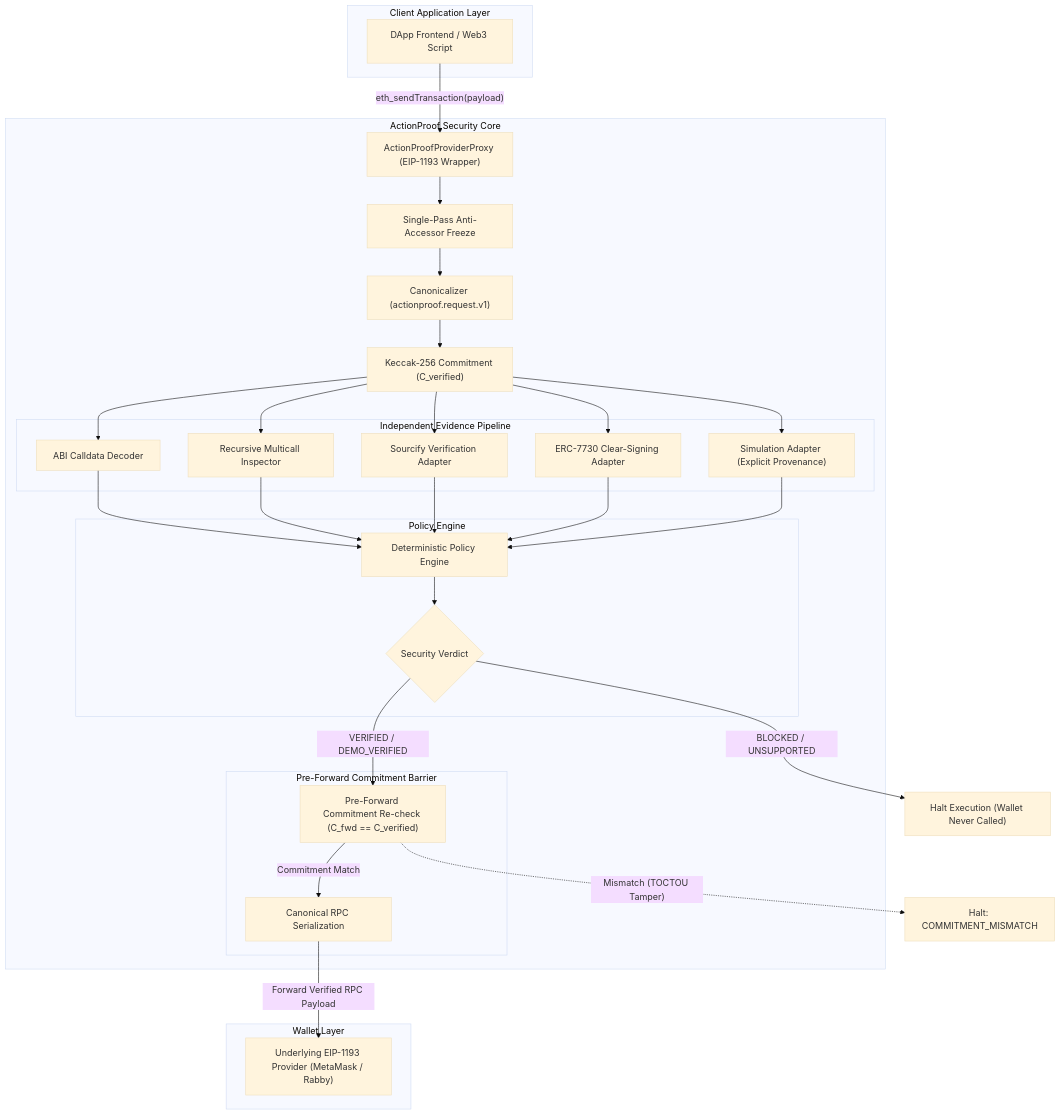
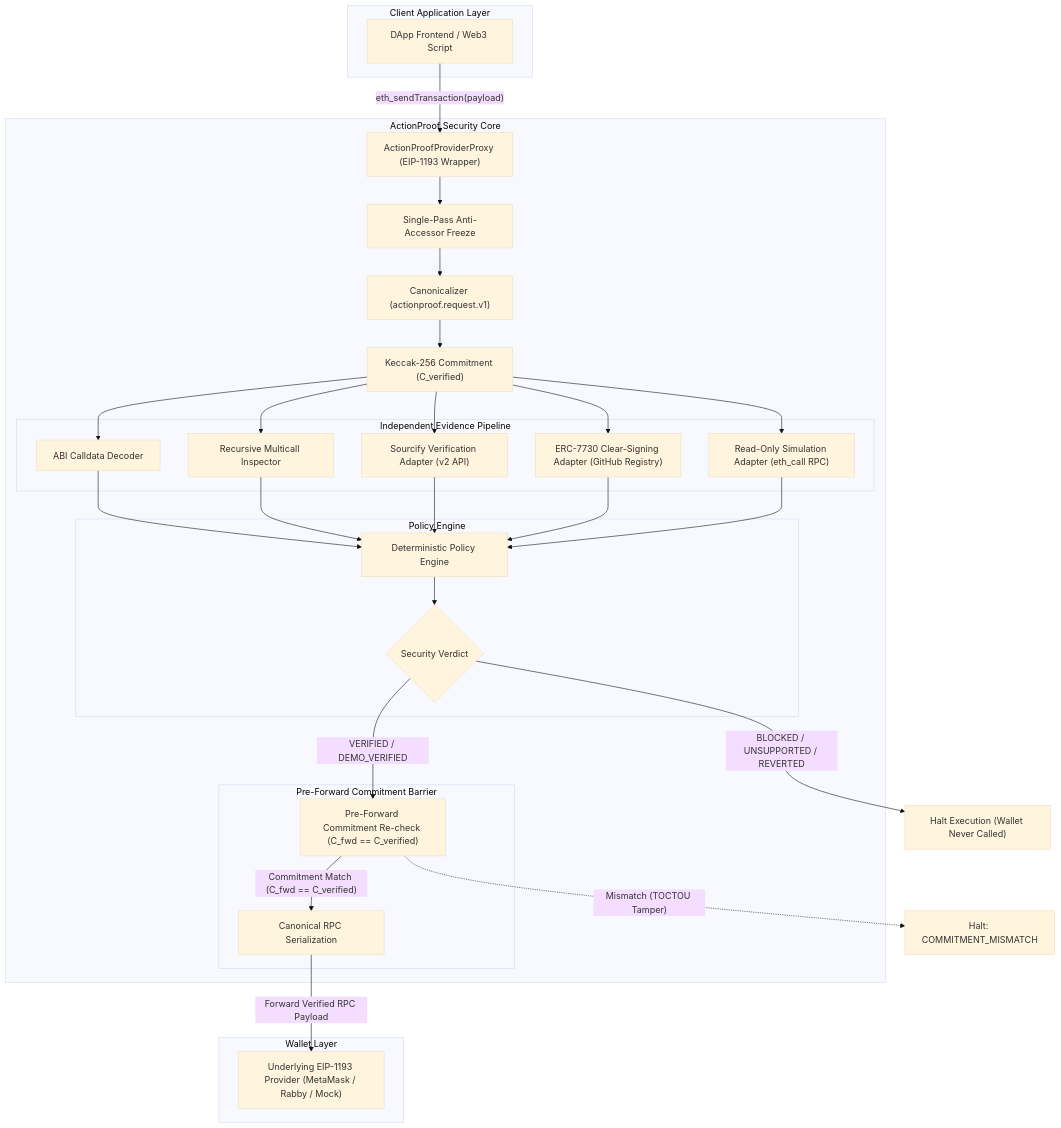
Before and after one commit to Abhi010903/ActionProofETR: the diagram in README.md, drawn with Mermaid (base theme). The commit also changed other lines of this file, not shown here.

````diff
--- a/README.md
+++ b/README.md
@@ -85,50 +91,50 @@
 ```mermaid
 flowchart TD
     subgraph DApp["Client Application Layer"]
         App["DApp Frontend / Web3 Script"]
     end
 
     subgraph Core["ActionProof Security Core"]
         Proxy["ActionProofProviderProxy (EIP-1193 Wrapper)"]
         Snap["Single-Pass Anti-Accessor Freeze"]
         Canon["Canonicalizer (actionproof.request.v1)"]
         Commit["Keccak-256 Commitment (C_verified)"]
 
         subgraph Analysis["Independent Evidence Pipeline"]
             Dec["ABI Calldata Decoder"]
             Multi["Recursive Multicall Inspector"]
-            Sourcify["Sourcify Verification Adapter"]
-            ERC7730["ERC-7730 Clear-Signing Adapter"]
-            Sim["Simulation Adapter (Explicit Provenance)"]
+            Sourcify["Sourcify Verification Adapter (v2 API)"]
+            ERC7730["ERC-7730 Clear-Signing Adapter (GitHub Registry)"]
+            Sim["Read-Only Simulation Adapter (eth_call RPC)"]
         end
 
         subgraph Decision["Policy Engine"]
             Policy["Deterministic Policy Engine"]
             Verdict{"Security Verdict"}
         end
 
         subgraph Barrier["Pre-Forward Commitment Barrier"]
             Recheck["Pre-Forward Commitment Re-check (C_fwd == C_verified)"]
             Derive["Canonical RPC Serialization"]
         end
     end
 
     subgraph Wallet["Wallet Layer"]
-        Provider["Underlying EIP-1193 Provider (MetaMask / Rabby)"]
+        Provider["Underlying EIP-1193 Provider (MetaMask / Rabby / Mock)"]
     end
 
     App -->|"eth_sendTransaction(payload)"| Proxy
     Proxy --> Snap
     Snap --> Canon
     Canon --> Commit
     Commit --> Dec & Multi & Sourcify & ERC7730 & Sim
     Dec & Multi & Sourcify & ERC7730 & Sim --> Policy
     Policy --> Verdict
 
     Verdict -->|"VERIFIED / DEMO_VERIFIED"| Recheck
-    Verdict -->|"BLOCKED / UNSUPPORTED"| HaltProxy["Halt Execution (Wallet Never Called)"]
+    Verdict -->|"BLOCKED / UNSUPPORTED / REVERTED"| HaltProxy["Halt Execution (Wallet Never Called)"]
 
-    Recheck -->|"Commitment Match"| Derive
+    Recheck -->|"Commitment Match (C_fwd == C_verified)"| Derive
     Recheck -.->|"Mismatch (TOCTOU Tamper)"| Abort["Halt: COMMITMENT_MISMATCH"]
     Derive -->|"Forward Verified RPC Payload"| Provider
 ```
````
